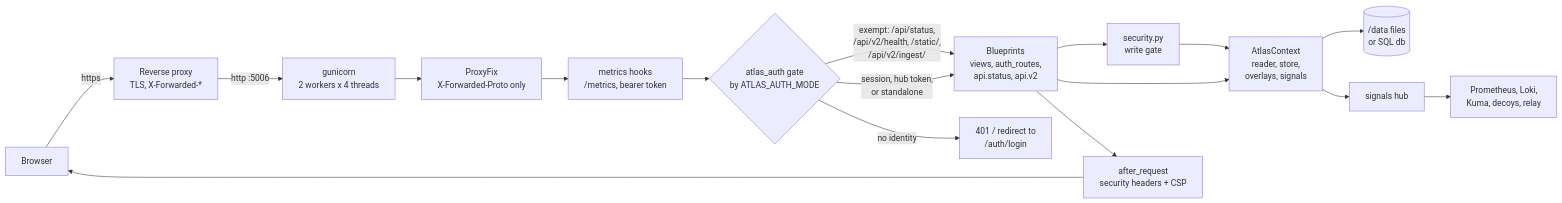
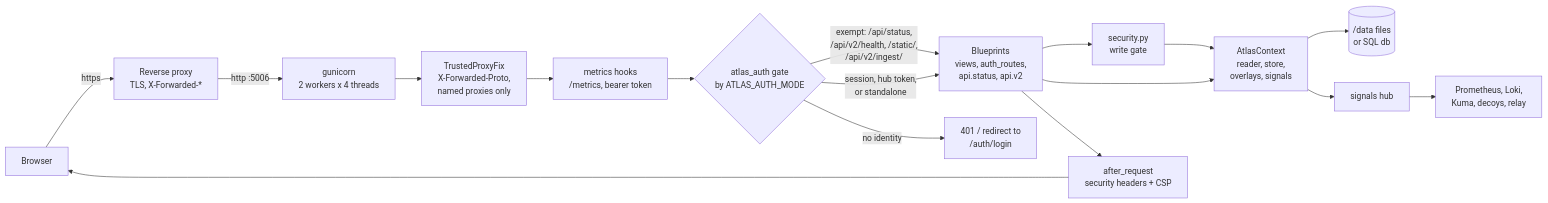
Before and after one commit to Outset-Systems/atlas: the first of 2 diagrams in docs/architecture.md, drawn with Mermaid. The commit also changed other lines of this file and 16 other files, not shown here.

First line of the commit message:
Require the hub secret and trust forwarded headers only from named proxies

````diff
--- a/docs/architecture.md
+++ b/docs/architecture.md
@@ -59,19 +59,19 @@
 ```mermaid
 flowchart LR
     B[Browser] -->|https| P[Reverse proxy<br/>TLS, X-Forwarded-*]
     P -->|http :5006| G[gunicorn<br/>2 workers x 4 threads]
-    G --> PF[ProxyFix<br/>X-Forwarded-Proto only]
+    G --> PF[TrustedProxyFix<br/>X-Forwarded-Proto,<br/>named proxies only]
     PF --> M[metrics hooks<br/>/metrics, bearer token]
     M --> GATE{atlas_auth gate<br/>by ATLAS_AUTH_MODE}
     GATE -->|exempt: /api/status,<br/>/api/v2/health, /static/,<br/>/api/v2/ingest/| R
     GATE -->|session, hub token,<br/>or standalone| R[Blueprints<br/>views, auth_routes,<br/>api.status, api.v2]
     GATE -->|no identity| L[401 / redirect to<br/>/auth/login]
     R --> W[security.py<br/>write gate]
     R --> CTX[AtlasContext<br/>reader, store,<br/>overlays, signals]
     W --> CTX
     CTX --> D[(/data files<br/>or SQL db)]
     CTX --> S[signals hub]
     S --> X[Prometheus, Loki,<br/>Kuma, decoys, relay]
     R --> AR[after_request<br/>security headers + CSP]
     AR --> B
 ```
````
